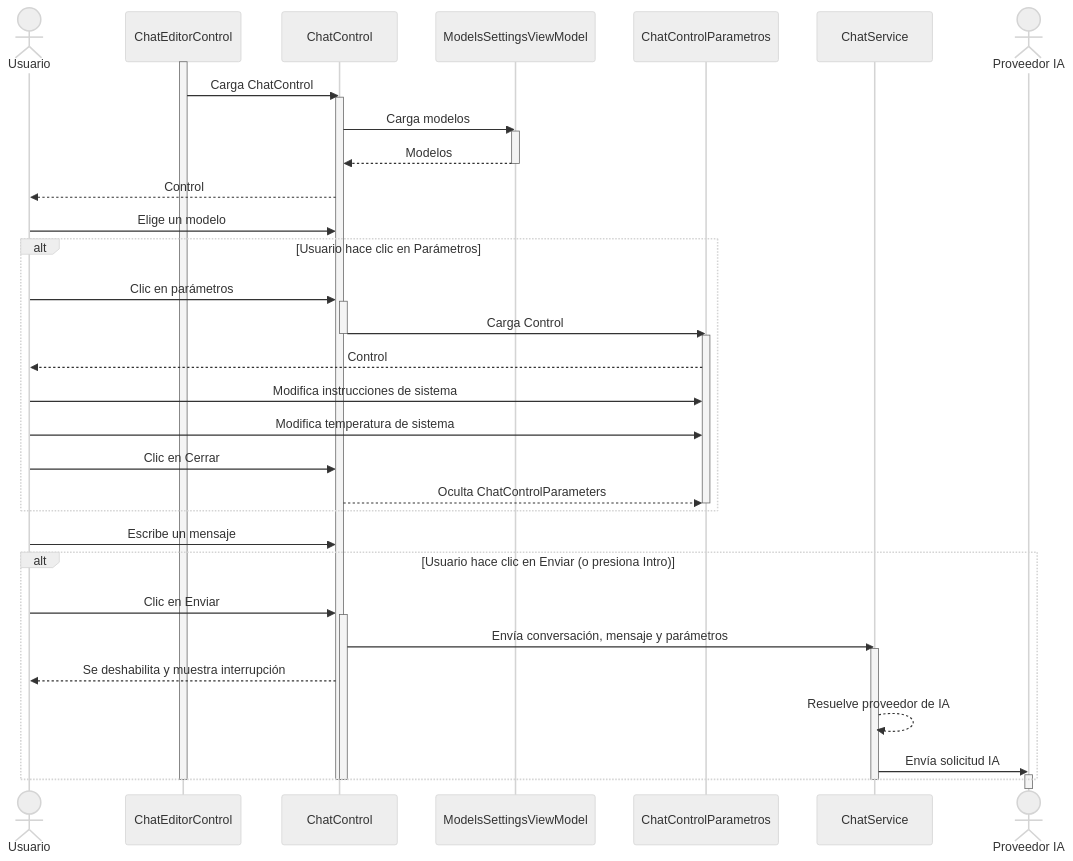
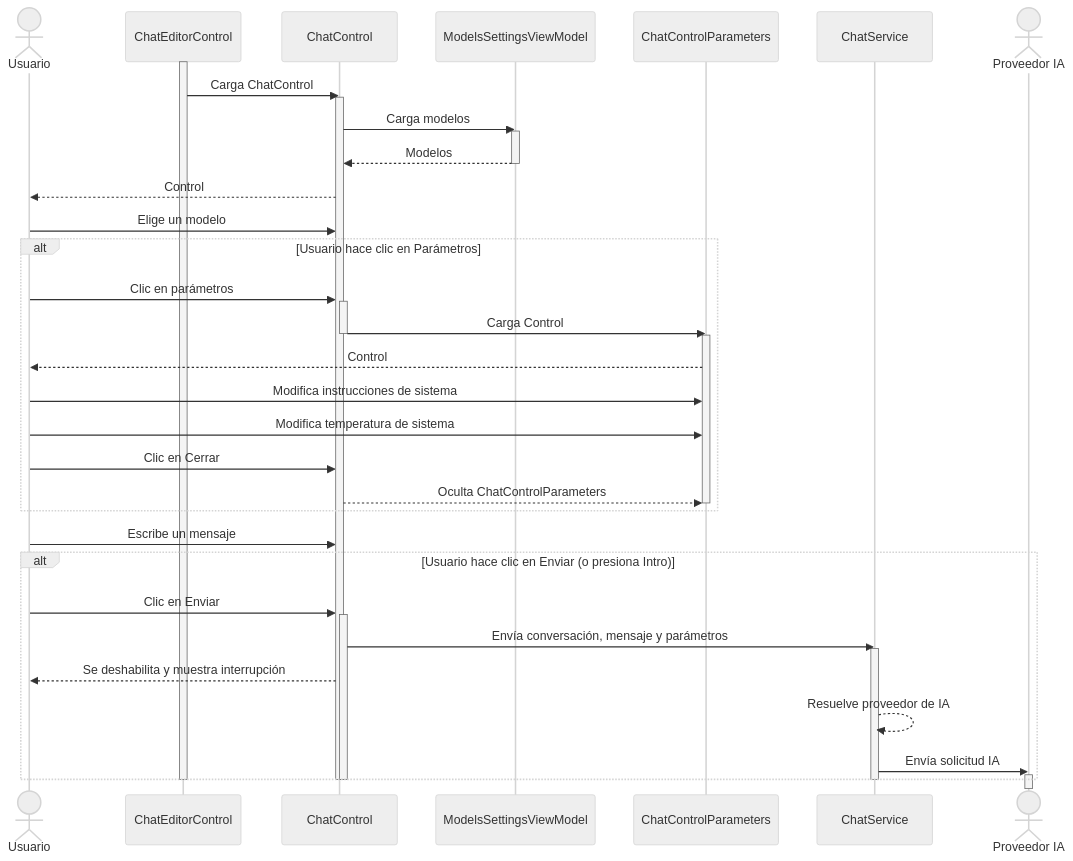
One commit to bcgrillo/powerpad changed diagram 11 of 17 in Wiki/05. Ejemplos de uso y flujos de trabajo.md. Above: the diagram before and after it, drawn with Mermaid (neutral theme). The commit also changed other lines of this file and 5 other files, not shown here.

````diff
--- a/Wiki/05. Ejemplos de uso y flujos de trabajo.md
+++ b/Wiki/05. Ejemplos de uso y flujos de trabajo.md
@@ -741,55 +741,55 @@
 ```mermaid
 sequenceDiagram
     actor U as Usuario
     participant CEC as ChatEditorControl
     participant CC as ChatControl
     participant MSVM as ModelsSettingsViewModel
-    participant CCP as ChatControlParametros
+    participant CCP as ChatControlParameters
     participant CS as ChatService
     actor IA as Proveedor IA
 
     activate CEC
 
     CEC->>CC: Carga ChatControl
     activate CC
     CC->>MSVM: Carga modelos
     activate MSVM
     MSVM-->>CC: Modelos
     deactivate MSVM
 
     CC-->>U: Control
     U->>CC: Elige un modelo
 
     alt Usuario hace clic en Parámetros
         U->>CC: Clic en parámetros
         activate CC
         CC->>CCP: Carga Control
         deactivate CC
         activate CCP
         CCP-->>U: Control
         U->>CCP: Modifica instrucciones de sistema
         U->>CCP: Modifica temperatura de sistema
         U->>CC: Clic en Cerrar
         CC-->>CCP: Oculta ChatControlParameters
         deactivate CCP
     end
 
     U->>CC: Escribe un mensaje
 
     alt Usuario hace clic en Enviar (o presiona Intro)
         U->>CC: Clic en Enviar
         activate CC
         CC->>CS: Envía conversación, mensaje y parámetros
         activate CS
         CC-->>U: Se deshabilita y muestra interrupción
         CS-->>CS: Resuelve proveedor de IA
         CS->>IA: Envía solicitud IA
         activate IA
     end
 
     deactivate IA
     deactivate CS
     deactivate CC
     deactivate CC
     deactivate CEC
 ```
````
